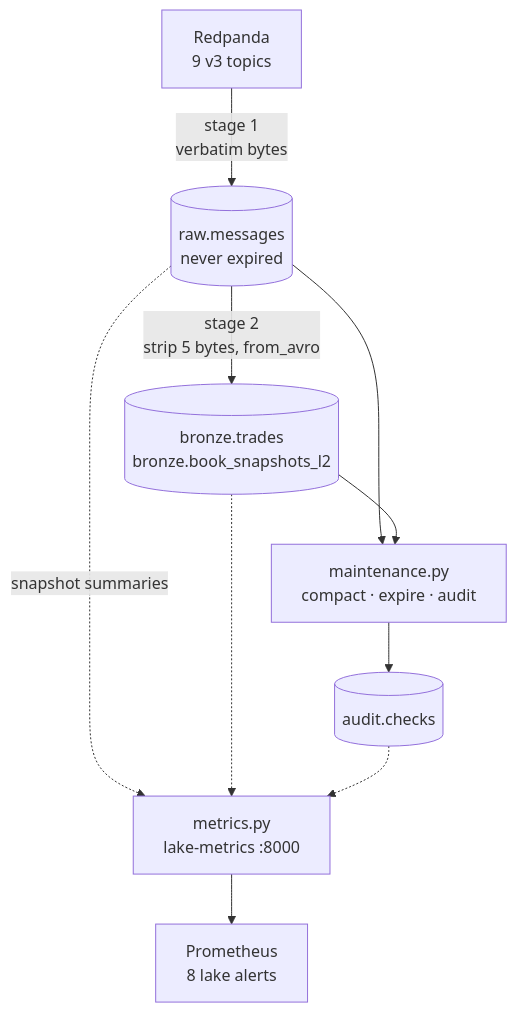
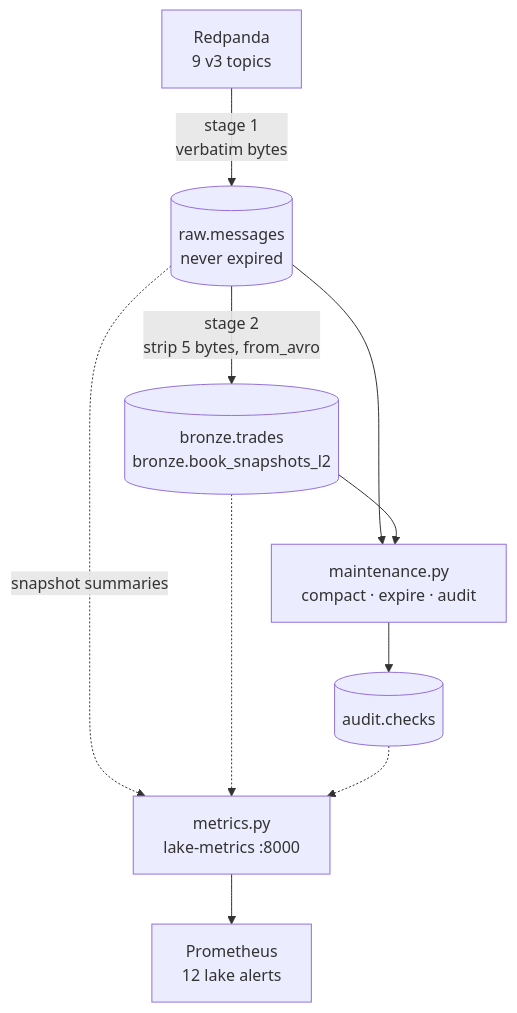
Before and after one commit to rjdscott/k2-market-data-platform: the diagram in docker/lake/README.md, drawn with Mermaid. The commit also changed other lines of this file and 19 other files, not shown here.

````diff
--- a/docker/lake/README.md
+++ b/docker/lake/README.md
@@ -33,12 +33,12 @@
 ```mermaid
 flowchart TB
   RP[Redpanda<br/>9 v3 topics] -->|stage 1<br/>verbatim bytes| RAW[(raw.messages<br/>never expired)]
   RAW -->|stage 2<br/>strip 5 bytes, from_avro| BR[(bronze.trades<br/>bronze.book_snapshots_l2)]
   RAW --> MNT[maintenance.py<br/>compact · expire · audit]
   BR --> MNT
   MNT --> AUD[(audit.checks)]
   RAW -.snapshot summaries.-> MET[metrics.py<br/>lake-metrics :8000]
   BR -.-> MET
   AUD -.-> MET
-  MET --> PROM[Prometheus<br/>8 lake alerts]
+  MET --> PROM[Prometheus<br/>12 lake alerts]
 ```
````
